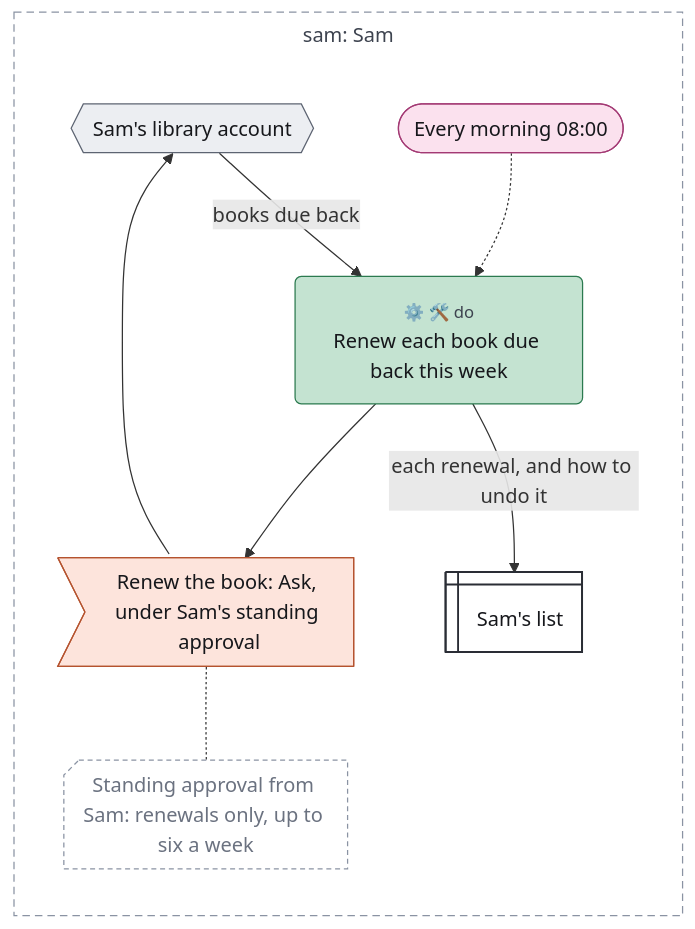
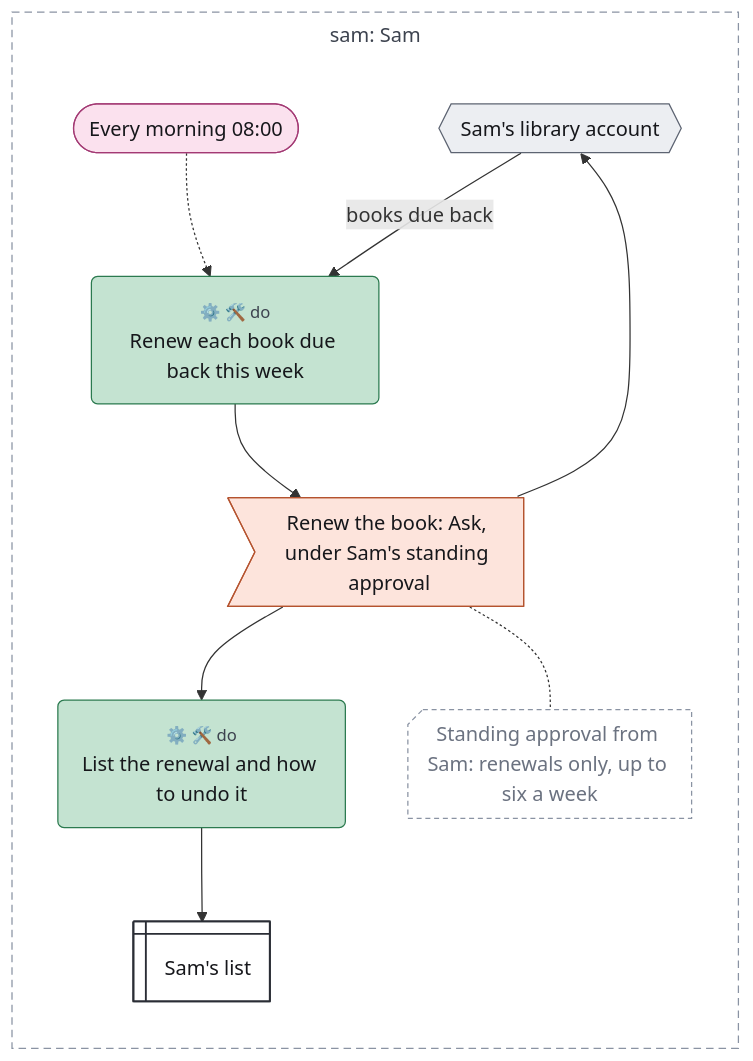
One commit to chrismdp/awml changed the diagram in examples/tour/12-standing-approval.mmd. Above: the diagram before and after it, drawn with Mermaid. The commit also changed 21 other files, not shown here.

```diff
--- a/examples/tour/12-standing-approval.mmd
+++ b/examples/tour/12-standing-approval.mmd
@@ -1,45 +1,47 @@
 ---
 config:
   theme: default
   fontFamily: Inter, sans-serif
   flowchart:
     useMaxWidth: false
     subGraphTitleMargin:
       top: 6
       bottom: 30
 ---
 flowchart TB
   subgraph sam["sam#58; Sam"]
     direction TB
     morning(["Every morning 08#58;00"])
     library{{"Sam#39;s library account"}}
     renew("<small style='color:rgb(61,67,79)'>⚙️ 🛠️ do</small><br>Renew each book due back this week")
     action>"Renew the book#58; Ask#44; under Sam#39;s standing approval"]
+    report("<small style='color:rgb(61,67,79)'>⚙️ 🛠️ do</small><br>List the renewal and how to undo it")
     list@{ shape: win-pane, label: "Sam#39;s list" }
     terms@{ shape: notch-rect, label: "Standing approval from Sam#58; renewals only#44; up to six a week" }
   end
 
   morning -.-> renew
   library -->|"books due back"| renew
   renew --> action
   library <--> action
-  renew -->|"each renewal#44; and how to undo it"| list
+  action --> report
+  report --> list
   action -.- terms
   classDef trig fill:#fbe1ee,stroke:#a33a74,color:#16171b
   classDef ctx fill:#e2eef9,stroke:#3d6fa3,color:#16171b
   classDef con fill:#eceef2,stroke:#5d6472,color:#16171b
   classDef surf fill:#ffffff,stroke:#2a2d35,stroke-width:1.5px,color:#16171b
   classDef out fill:#fde4dc,stroke:#b5532f,color:#16171b
   classDef ai fill:#cdd3fb,stroke:#3b4bb0,color:#16171b
   classDef code fill:#c4e3d1,stroke:#2b7a4f,color:#16171b
   classDef person fill:#f7d79a,stroke:#9a6100,color:#16171b
   classDef uml fill:#16171b,stroke:#16171b,color:#16171b
   classDef gap fill:#ffffff,stroke:#8a93a3,stroke-dasharray:4 3,color:#6b7280
   class morning trig
   class library con
   class list surf
   class action out
-  class renew code
+  class renew,report code
   class terms gap
   style sam fill:transparent,stroke:#8a93a3,stroke-dasharray:6 4,color:#3d434f
   linkStyle 3 marker-end:none
```
